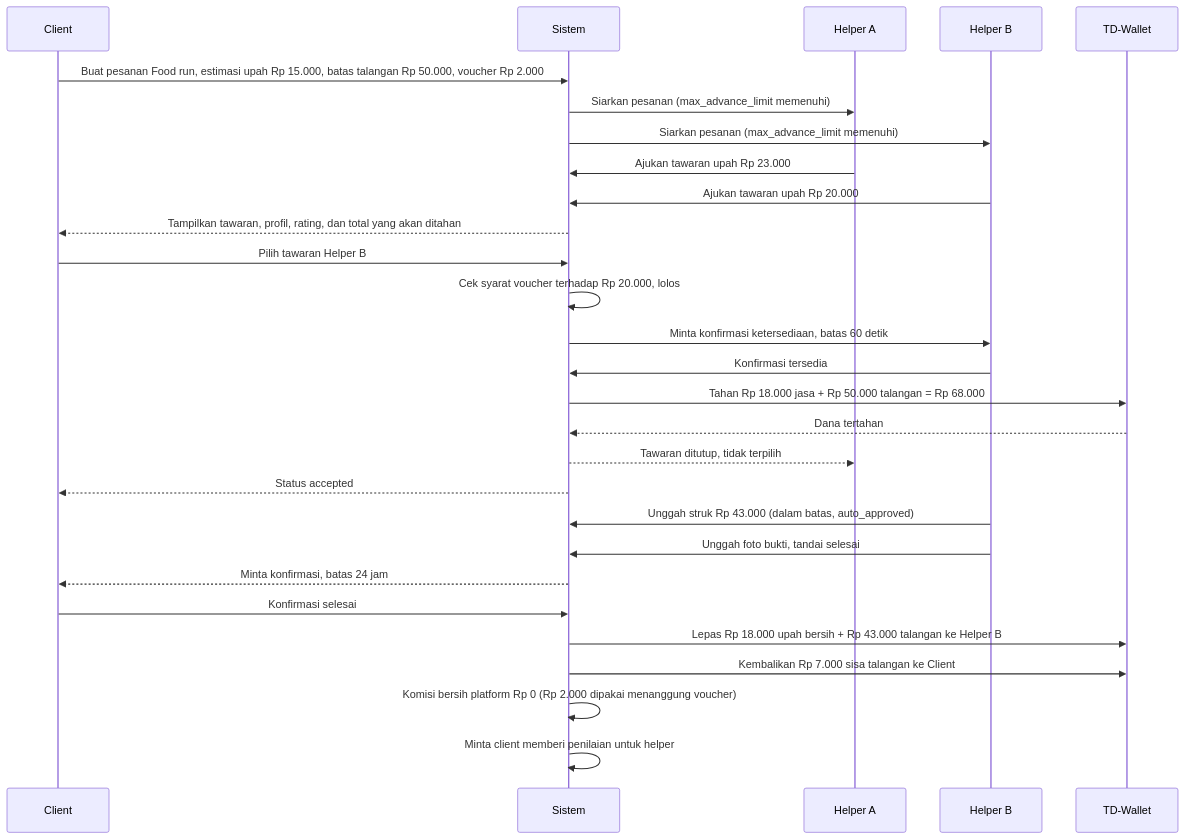
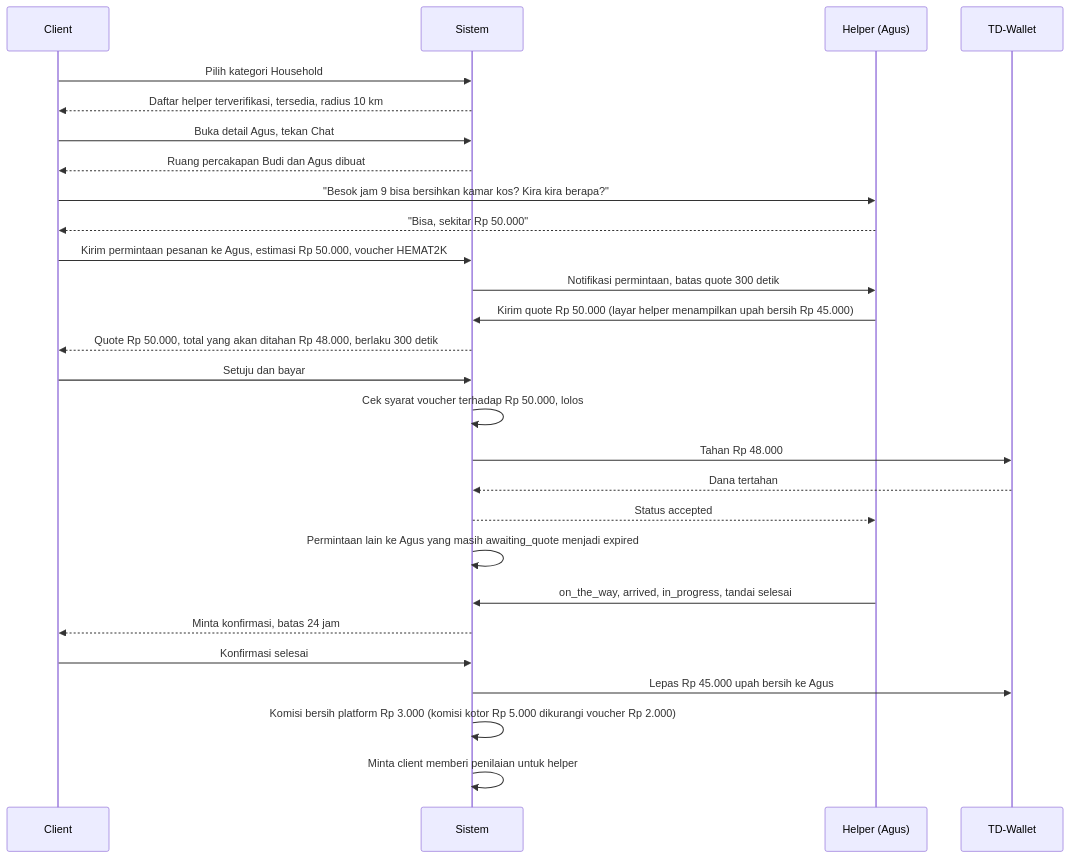
The first of 2 diagrams in 04_dual-role-transaction-analysis.md (Davi-ARD/tolongindong-docs), drawn with Mermaid before and after one commit. The commit also changed other lines of this file and 35 other files, not shown here.

First line of the commit message:
docs: terapkan model marketplace dan chat sebelum pesanan (DEC-25 sampai DEC-27)

````diff
--- a/04_dual-role-transaction-analysis.md
+++ b/04_dual-role-transaction-analysis.md
@@ -41,31 +41,30 @@
 ```mermaid
 sequenceDiagram
     participant C as Client
     participant S as Sistem
-    participant H1 as Helper A
-    participant H2 as Helper B
+    participant H as Helper (Agus)
     participant W as TD-Wallet
 
-    C->>S: Buat pesanan Food run, estimasi upah Rp 15.000, batas talangan Rp 50.000, voucher Rp 2.000
-    S->>H1: Siarkan pesanan (max_advance_limit memenuhi)
-    S->>H2: Siarkan pesanan (max_advance_limit memenuhi)
-    H1->>S: Ajukan tawaran upah Rp 23.000
-    H2->>S: Ajukan tawaran upah Rp 20.000
-    S-->>C: Tampilkan tawaran, profil, rating, dan total yang akan ditahan
-    C->>S: Pilih tawaran Helper B
-    S->>S: Cek syarat voucher terhadap Rp 20.000, lolos
-    S->>H2: Minta konfirmasi ketersediaan, batas 60 detik
-    H2->>S: Konfirmasi tersedia
-    S->>W: Tahan Rp 18.000 jasa + Rp 50.000 talangan = Rp 68.000
+    C->>S: Pilih kategori Household
+    S-->>C: Daftar helper terverifikasi, tersedia, radius 10 km
+    C->>S: Buka detail Agus, tekan Chat
+    S-->>C: Ruang percakapan Budi dan Agus dibuat
+    C->>H: "Besok jam 9 bisa bersihkan kamar kos? Kira kira berapa?"
+    H-->>C: "Bisa, sekitar Rp 50.000"
+    C->>S: Kirim permintaan pesanan ke Agus, estimasi Rp 50.000, voucher HEMAT2K
+    S->>H: Notifikasi permintaan, batas quote 300 detik
+    H->>S: Kirim quote Rp 50.000 (layar helper menampilkan upah bersih Rp 45.000)
+    S-->>C: Quote Rp 50.000, total yang akan ditahan Rp 48.000, berlaku 300 detik
+    C->>S: Setuju dan bayar
+    S->>S: Cek syarat voucher terhadap Rp 50.000, lolos
+    S->>W: Tahan Rp 48.000
     W-->>S: Dana tertahan
-    S-->>H1: Tawaran ditutup, tidak terpilih
-    S-->>C: Status accepted
-    H2->>S: Unggah struk Rp 43.000 (dalam batas, auto_approved)
-    H2->>S: Unggah foto bukti, tandai selesai
+    S-->>H: Status accepted
+    S->>S: Permintaan lain ke Agus yang masih awaiting_quote menjadi expired
+    H->>S: on_the_way, arrived, in_progress, tandai selesai
     S-->>C: Minta konfirmasi, batas 24 jam
     C->>S: Konfirmasi selesai
-    S->>W: Lepas Rp 18.000 upah bersih + Rp 43.000 talangan ke Helper B
-    S->>W: Kembalikan Rp 7.000 sisa talangan ke Client
-    S->>S: Komisi bersih platform Rp 0 (Rp 2.000 dipakai menanggung voucher)
+    S->>W: Lepas Rp 45.000 upah bersih ke Agus
+    S->>S: Komisi bersih platform Rp 3.000 (komisi kotor Rp 5.000 dikurangi voucher Rp 2.000)
     S->>S: Minta client memberi penilaian untuk helper
 ```
````
